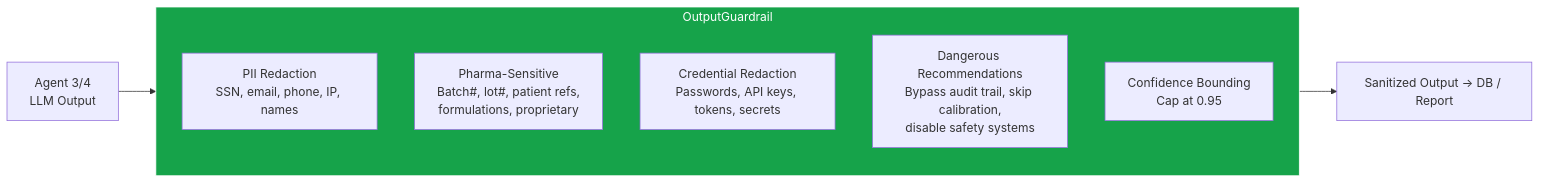
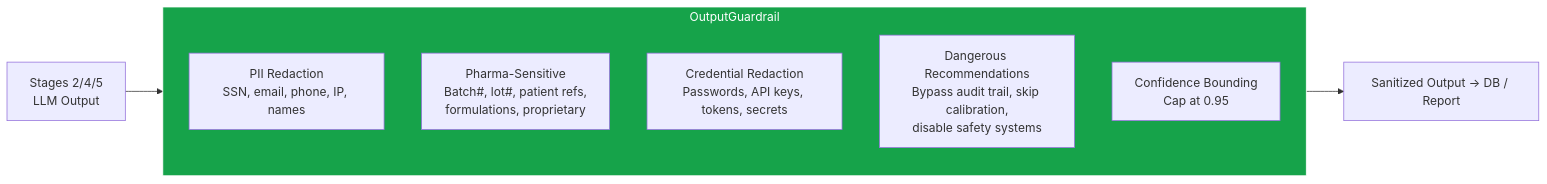
The ninth of 11 diagrams in ARCHITECTURE.md (sajanyerra/pharma-data-integrity-inspector), drawn with Mermaid before and after one commit. The commit also changed other lines of this file and 19 other files, not shown here.

First line of the commit message:
feat: 5-stage pipeline architecture with genuine ReAct Investigation Agent

````diff
--- a/ARCHITECTURE.md
+++ b/ARCHITECTURE.md
@@ -353,16 +380,16 @@
 ```mermaid
 graph LR
-    AgentOut["Agent 3/4<br/>LLM Output"] --> Guardrail
+    AgentOut["Stages 2/4/5<br/>LLM Output"] --> Guardrail
 
     subgraph Guardrail ["OutputGuardrail"]
         PII["PII Redaction<br/>SSN, email, phone, IP, names"]
         Pharma["Pharma-Sensitive<br/>Batch#, lot#, patient refs,<br/>formulations, proprietary"]
         Cred["Credential Redaction<br/>Passwords, API keys, tokens, secrets"]
         Danger["Dangerous Recommendations<br/>Bypass audit trail, skip calibration,<br/>disable safety systems"]
         Conf["Confidence Bounding<br/>Cap at 0.95"]
     end
 
     Guardrail --> SafeOutput["Sanitized Output → DB / Report"]
 
     style Guardrail fill:#16a34a,stroke:#fff,color:#fff
 ```
````
